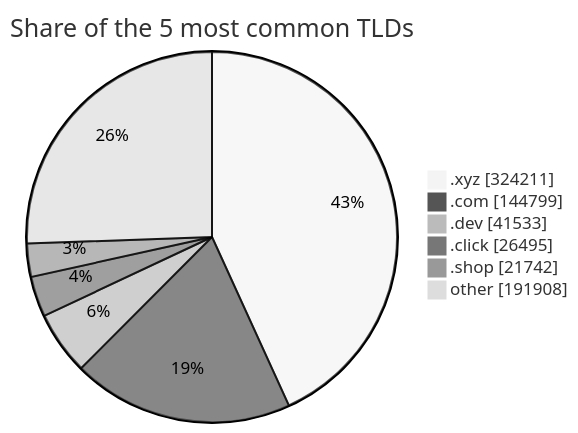
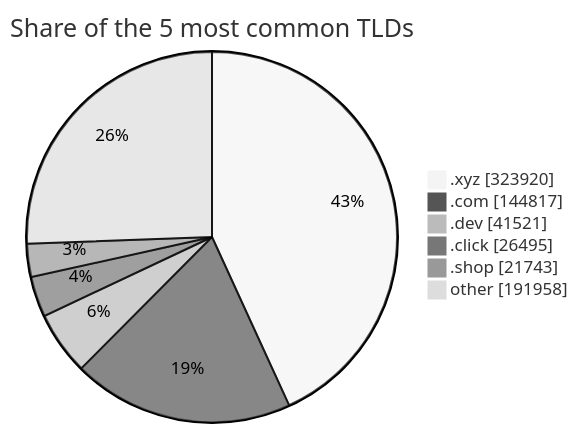
One commit to DNSBunker/CTI changed the third of 3 diagrams in README.md. Above: the diagram before and after it, drawn with Mermaid (neutral theme). The commit also changed other lines of this file and 3 other files, not shown here.

````diff
--- a/README.md
+++ b/README.md
@@ -81,9 +81,9 @@
 ```mermaid
 pie showData title Share of the 5 most common TLDs
-    ".xyz" : 324211
-    ".com" : 144799
-    ".dev" : 41533
+    ".xyz" : 323920
+    ".com" : 144817
+    ".dev" : 41521
     ".click" : 26495
-    ".shop" : 21742
-    "other" : 191908
+    ".shop" : 21743
+    "other" : 191958
 ```
````
